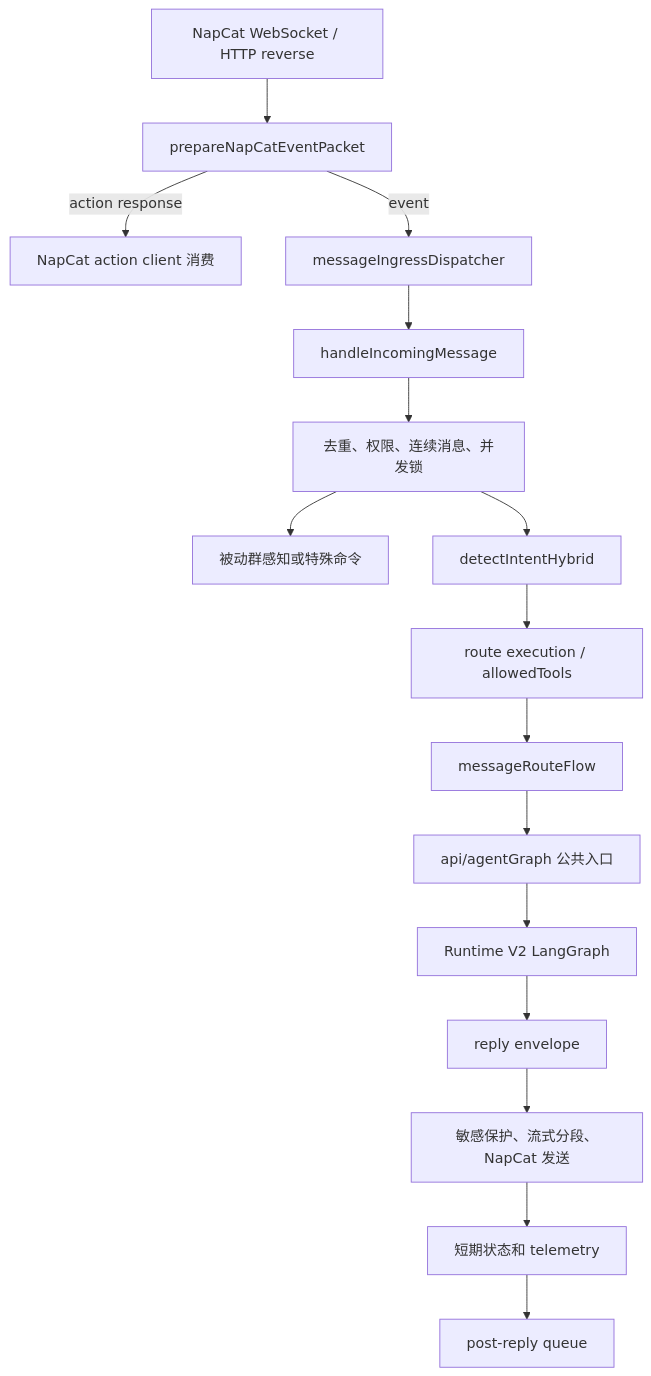
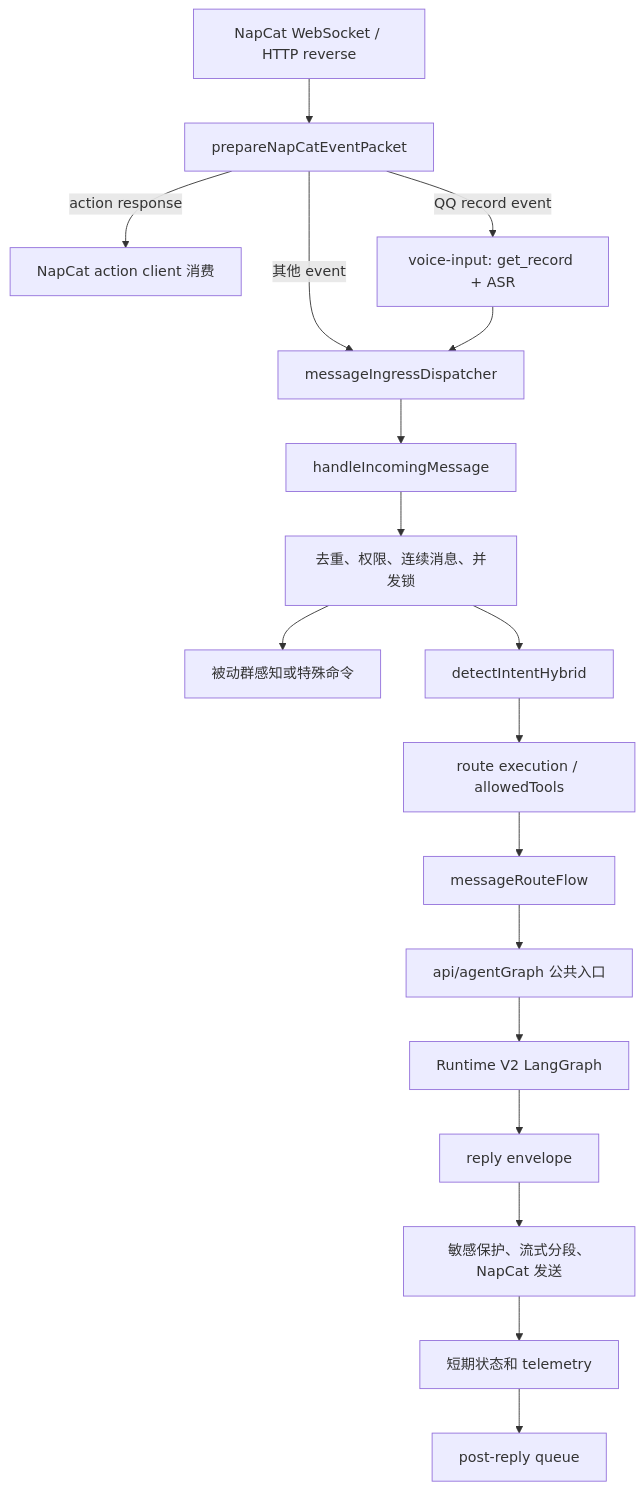
The diagram in docs/development/03-message-and-agent-runtime.md (Amia0427/mizukibot), drawn with Mermaid before and after one commit. The commit also changed other lines of this file and 12 other files, not shown here.

Commit message:
feat: add QQ voice input transcription

````diff
--- a/docs/development/03-message-and-agent-runtime.md
+++ b/docs/development/03-message-and-agent-runtime.md
@@ -99,18 +99,20 @@
 ```mermaid
 flowchart TD
     A["NapCat WebSocket / HTTP reverse"] --> B["prepareNapCatEventPacket"]
     B -->|action response| X["NapCat action client 消费"]
-    B -->|event| C["messageIngressDispatcher"]
+    B -->|QQ record event| V["voice-input: get_record + ASR"]
+    B -->|其他 event| C["messageIngressDispatcher"]
+    V --> C
     C --> D["handleIncomingMessage"]
     D --> E["去重、权限、连续消息、并发锁"]
     E --> F["被动群感知或特殊命令"]
     E --> G["detectIntentHybrid"]
     G --> H["route execution / allowedTools"]
     H --> I["messageRouteFlow"]
     I --> J["api/agentGraph 公共入口"]
     J --> K["Runtime V2 LangGraph"]
     K --> L["reply envelope"]
     L --> M["敏感保护、流式分段、NapCat 发送"]
     M --> N["短期状态和 telemetry"]
     N --> O["post-reply queue"]
 ```
````
